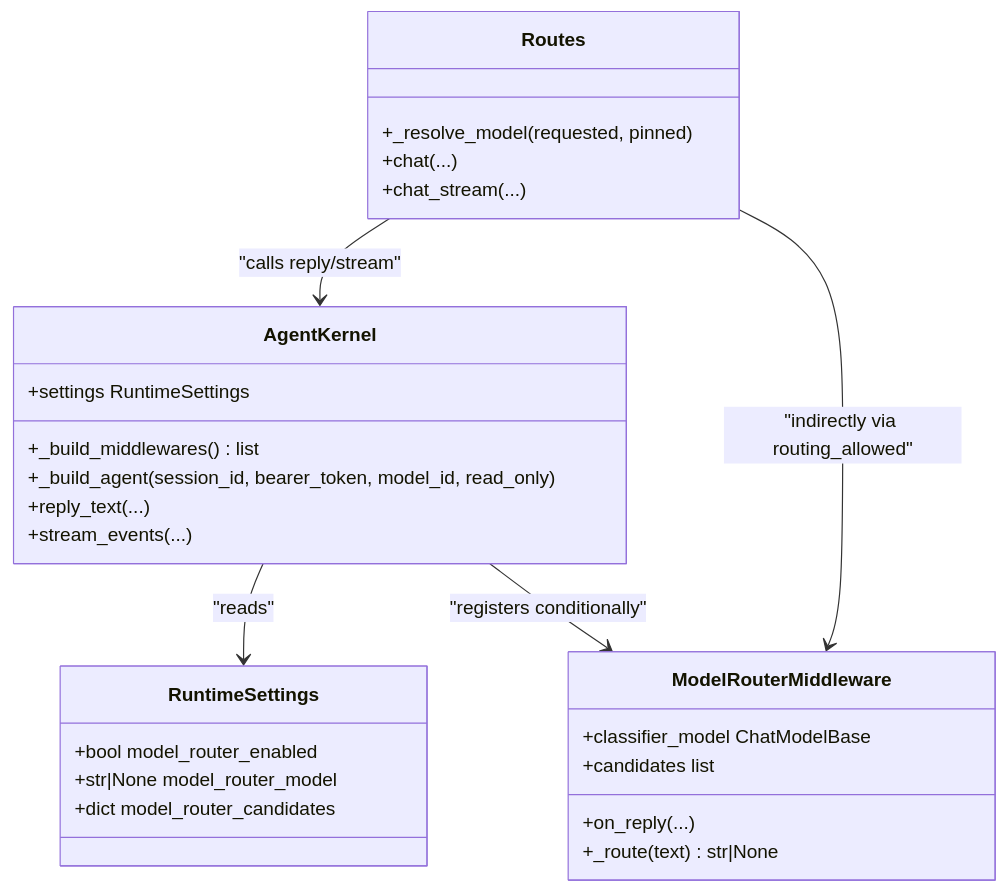
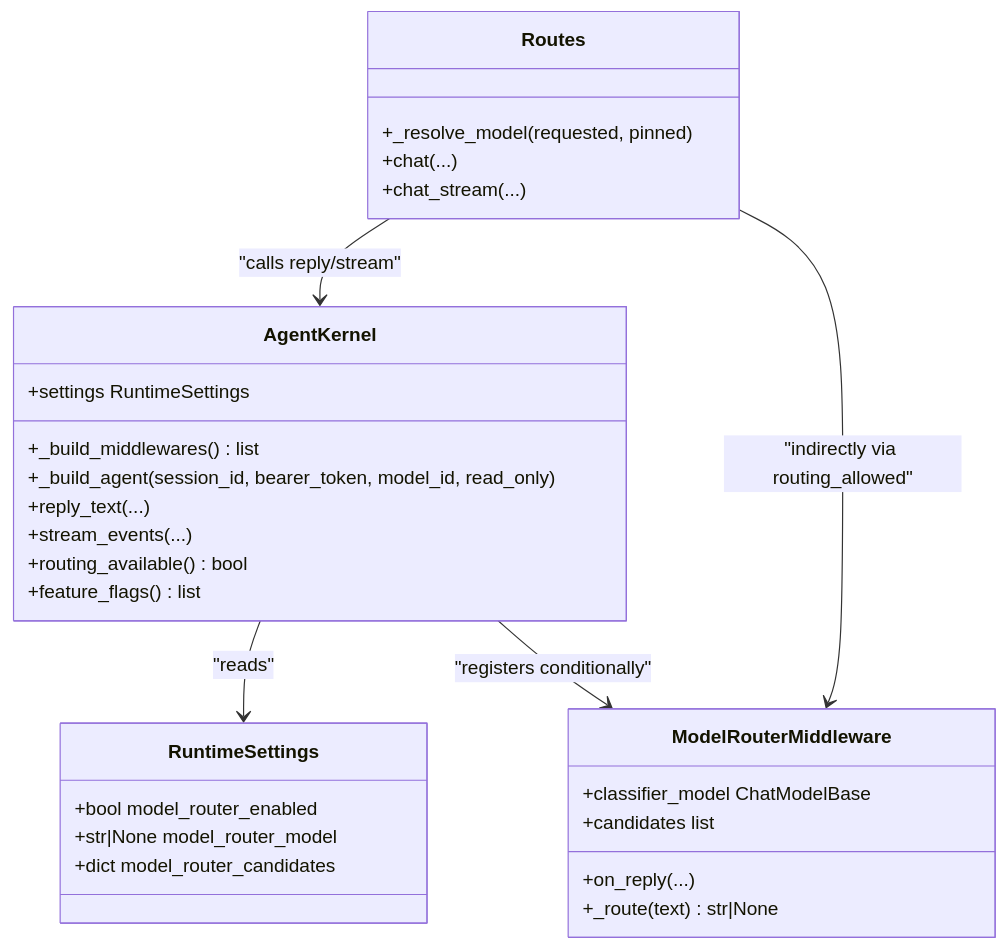
Before and after one commit to metasync/luban-aiops: the fifth of 7 diagrams in .qoder/repowiki/en/content/Shared Contracts/SPEC-071_ AgentScope Model Router Per-Turn Routing.md, drawn with Mermaid. The commit also changed other lines of this file and 6 other files, not shown here.

````diff
--- a/.qoder/repowiki/en/content/Shared Contracts/SPEC-071_ AgentScope Model Router Per-Turn Routing.md
+++ b/.qoder/repowiki/en/content/Shared Contracts/SPEC-071_ AgentScope Model Router Per-Turn Routing.md
@@ -235,30 +271,32 @@
 ```mermaid
 classDiagram
 class AgentKernel {
 +settings RuntimeSettings
 +_build_middlewares() list
 +_build_agent(session_id, bearer_token, model_id, read_only)
 +reply_text(...)
 +stream_events(...)
++routing_available() bool
++feature_flags() list
 }
 class RuntimeSettings {
 +bool model_router_enabled
 +str|None model_router_model
 +dict model_router_candidates
 }
 class ModelRouterMiddleware {
 +classifier_model ChatModelBase
 +candidates list
 +on_reply(...)
 +_route(text) str|None
 }
 class Routes {
 +_resolve_model(requested, pinned)
 +chat(...)
 +chat_stream(...)
 }
 AgentKernel --> RuntimeSettings : "reads"
 AgentKernel --> ModelRouterMiddleware : "registers conditionally"
 Routes --> AgentKernel : "calls reply/stream"
 Routes --> ModelRouterMiddleware : "indirectly via routing_allowed"
 ```
````
